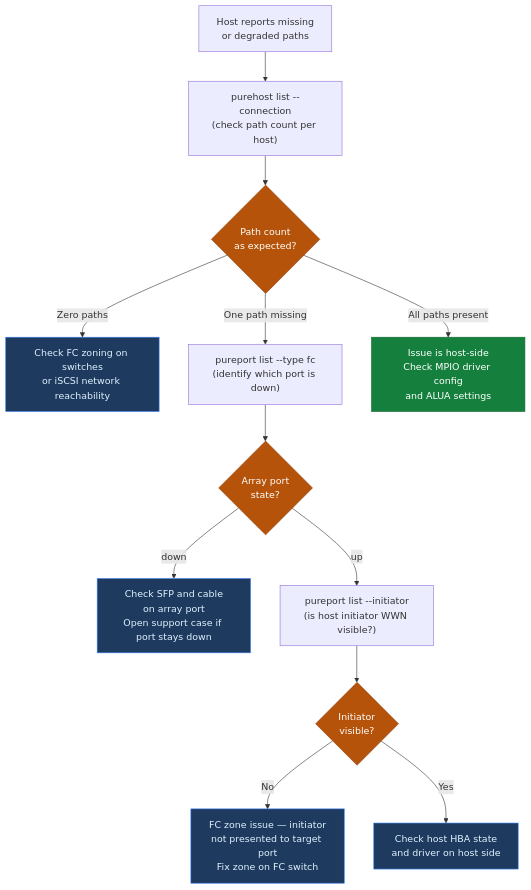
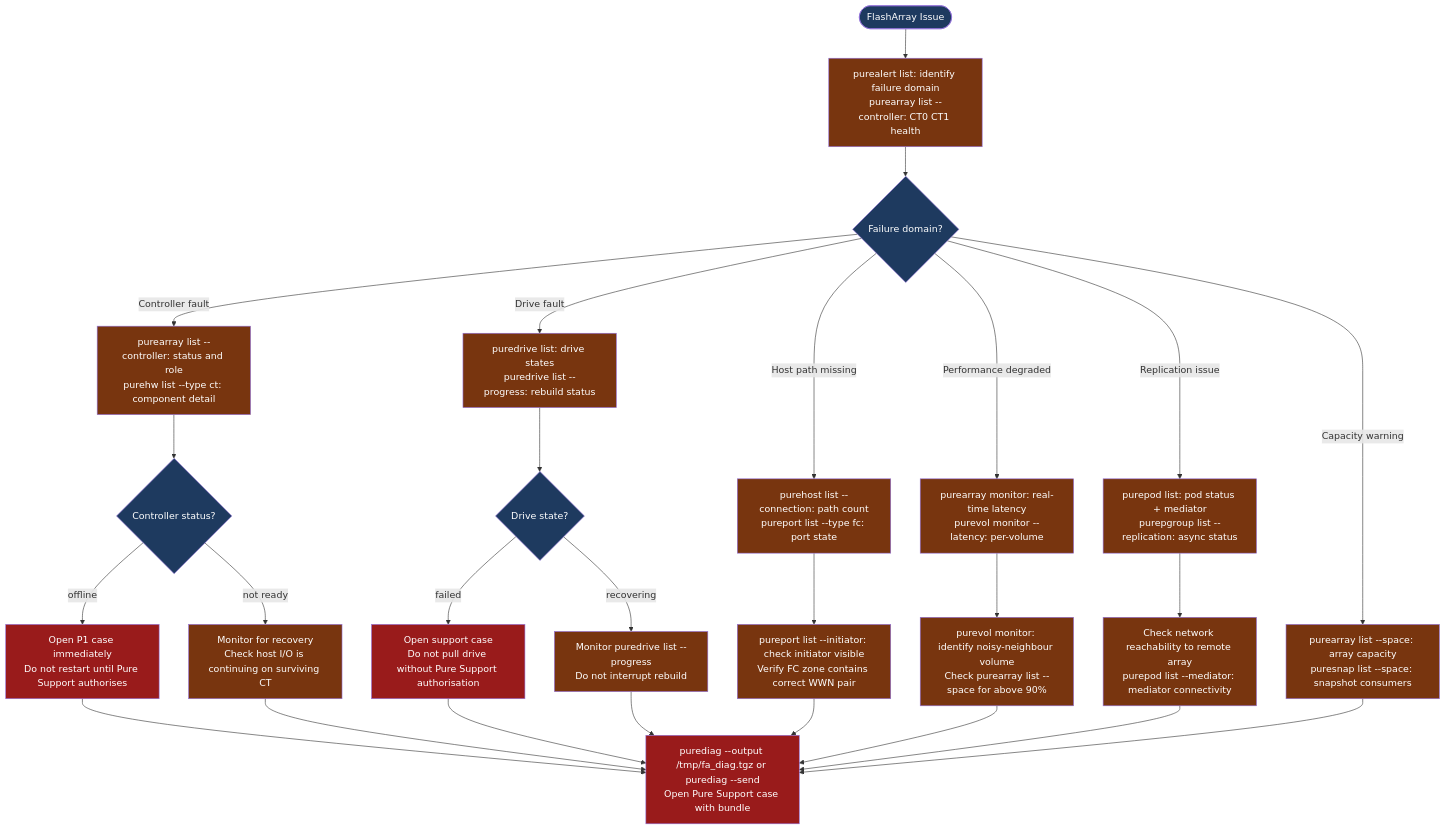
One commit to canast01/chris-kb changed the diagram in docs/storage/pure/flasharray/troubleshooting/diagnostics.md. Above: the diagram before and after it, drawn with Mermaid. The commit also changed other lines of this file and 1 other file, not shown here.

First line of the commit message:
Batch 16: gold-standard diagnostics for FlashArray and ONTAP

````diff
--- a/docs/storage/pure/flasharray/troubleshooting/diagnostics.md
+++ b/docs/storage/pure/flasharray/troubleshooting/diagnostics.md
@@ -192,21 +66,35 @@
 ```mermaid
-flowchart TD
-  A["Host reports missing\nor degraded paths"] --> B["purehost list --connection\n(check path count per host)"]
-  B --> C{"Path count\nas expected?"}
-  C -->|"Zero paths"| D["Check FC zoning on switches\nor iSCSI network reachability"]
-  C -->|"One path missing"| E["pureport list --type fc\n(identify which port is down)"]
-  E --> F{"Array port\nstate?"}
-  F -->|"down"| G["Check SFP and cable\non array port\nOpen support case if port stays down"]
-  F -->|"up"| H["pureport list --initiator\n(is host initiator WWN visible?)"]
-  H --> I{"Initiator\nvisible?"}
-  I -->|"No"| J["FC zone issue — initiator\nnot presented to target port\nFix zone on FC switch"]
-  I -->|"Yes"| K["Check host HBA state\nand driver on host side"]
-  C -->|"All paths present"| L["Issue is host-side\nCheck MPIO driver config\nand ALUA settings"]
+graph TD
+    A([FlashArray Issue]) --> B[purealert list: identify failure domain\npurearray list --controller: CT0 CT1 health]
+    B --> C{Failure domain?}
+    C -->|Controller fault| D[purearray list --controller: status and role\npurehw list --type ct: component detail]
+    C -->|Drive fault| E[puredrive list: drive states\npuredrive list --progress: rebuild status]
+    C -->|Host path missing| F[purehost list --connection: path count\npureport list --type fc: port state]
+    C -->|Performance degraded| G[purearray monitor: real-time latency\npurevol monitor --latency: per-volume]
+    C -->|Replication issue| H[purepod list: pod status + mediator\npurepgroup list --replication: async status]
+    C -->|Capacity warning| I[purearray list --space: array capacity\npuresnap list --space: snapshot consumers]
+    D --> J{Controller status?}
+    J -->|offline| K[Open P1 case immediately\nDo not restart until Pure Support authorises]
+    J -->|not ready| L[Monitor for recovery\nCheck host I/O is continuing on surviving CT]
+    E --> M{Drive state?}
+    M -->|failed| N[Open support case\nDo not pull drive without Pure Support authorisation]
+    M -->|recovering| O[Monitor puredrive list --progress\nDo not interrupt rebuild]
+    F --> P[pureport list --initiator: check initiator visible\nVerify FC zone contains correct WWN pair]
+    G --> Q[purevol monitor: identify noisy-neighbour volume\nCheck purearray list --space for above 90%]
+    H --> R[Check network reachability to remote array\npurepod list --mediator: mediator connectivity]
+    K --> S[purediag --output /tmp/fa_diag.tgz or purediag --send\nOpen Pure Support case with bundle]
+    L --> S
+    N --> S
+    O --> S
+    P --> S
+    Q --> S
+    R --> S
+    I --> S
 
-  classDef decision fill:#b45309,stroke:#92400e,color:#fff
-  classDef fix fill:#1e3a5f,stroke:#3b82f6,color:#e0f2fe
-  classDef good fill:#15803d,stroke:#166534,color:#fff
-  class C,F,I decision
-  class D,G,J,K fix
-  class L good
+    classDef dark fill:#1e3a5f,color:#fff
+    classDef action fill:#78350f,color:#fff
+    classDef escalate fill:#991b1b,color:#fff
+    class A,C,J,M dark
+    class B,D,E,F,G,H,I,L,O,P,Q,R action
+    class K,N,S escalate
 ```
````
